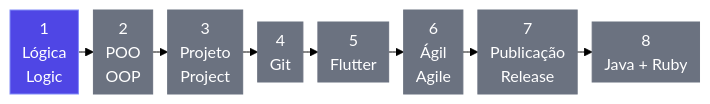
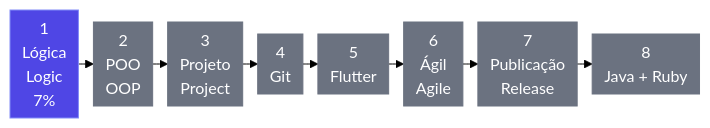
The diagram in README.md (IsaacGomes260653/IsaacGomes260653), drawn with Mermaid (forest theme) before and after one commit. The commit also changed other lines of this file, not shown here.

Commit message:
docs: README regenerado com os subtemas do roadmap

````diff
--- a/README.md
+++ b/README.md
@@ -80,17 +80,17 @@
 ```mermaid
 %%{init: {"flowchart": {"rankSpacing": 15, "nodeSpacing": 20, "padding": 6, "diagramPadding": 8}}}%%
 flowchart LR
   accTitle: Rumo ao Flutter — preparação para o novo emprego · Road to Flutter — getting ready for my new job
   accDescr: Etapas em sequência, a cor mostra o status / Stages in sequence, the color shows the status
-  e1["1<br>Lógica<br>Logic"]:::estudando
+  e1["1<br>Lógica<br>Logic<br>7%"]:::estudando
   e2["2<br>POO<br>OOP"]:::a_comecar
   e3["3<br>Projeto<br>Project"]:::a_comecar
   e4["4<br>Git"]:::a_comecar
   e5["5<br>Flutter"]:::a_comecar
   e6["6<br>Ágil<br>Agile"]:::a_comecar
   e7["7<br>Publicação<br>Release"]:::a_comecar
   e8["8<br>Java + Ruby"]:::a_comecar
   e1 --> e2 --> e3 --> e4 --> e5 --> e6 --> e7 --> e8
   classDef estudando fill:#4f46e5,stroke:#818cf8,color:#fff
   classDef a_comecar fill:#6b7280,stroke:#6b7280,color:#fff
 ```
````
